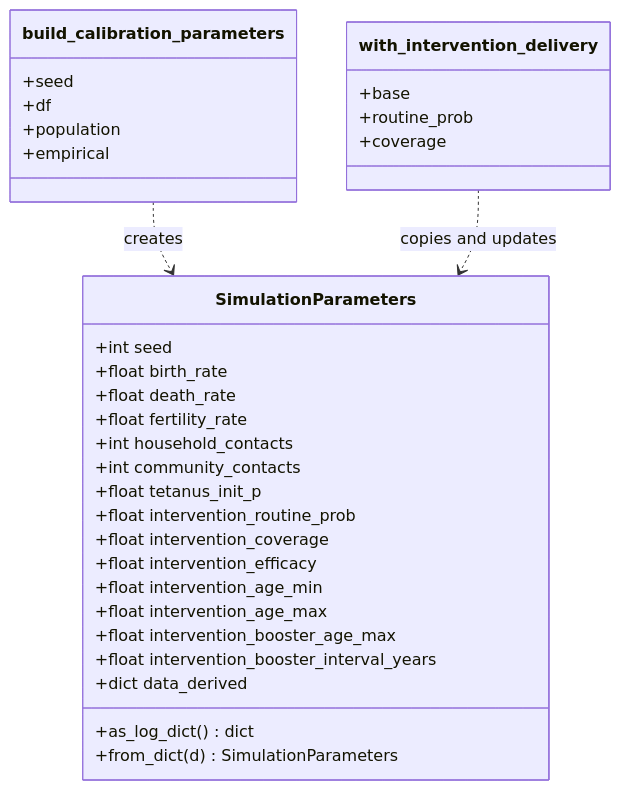
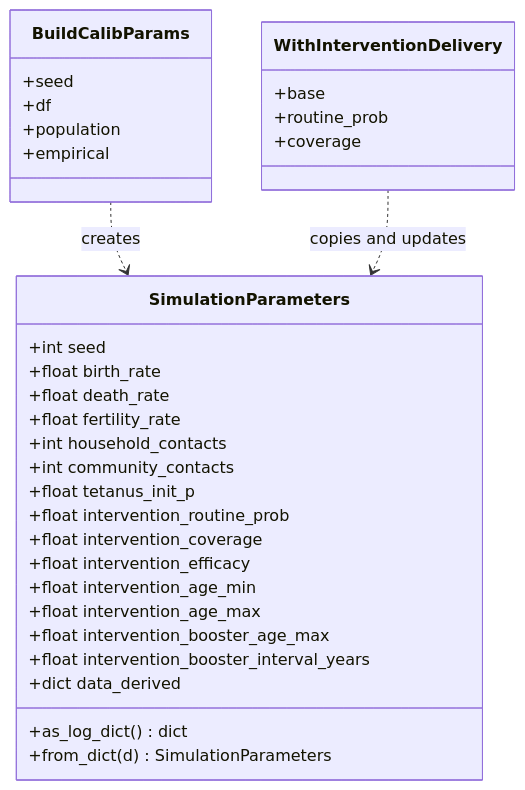
Before and after one commit to starsimhub/zdsim: the fifth of 12 diagrams in docs/ARCHITECTURE.md, drawn with Mermaid. The commit also changed other lines of this file and 16 other files, not shown here.

````diff
--- a/docs/ARCHITECTURE.md
+++ b/docs/ARCHITECTURE.md
@@ -176,38 +178,38 @@
 ```mermaid
 classDiagram
     class SimulationParameters {
         +int seed
         +float birth_rate
         +float death_rate
         +float fertility_rate
         +int household_contacts
         +int community_contacts
         +float tetanus_init_p
         +float intervention_routine_prob
         +float intervention_coverage
         +float intervention_efficacy
         +float intervention_age_min
         +float intervention_age_max
         +float intervention_booster_age_max
         +float intervention_booster_interval_years
         +dict data_derived
         +as_log_dict() dict
         +from_dict(d) SimulationParameters
     }
 
-    class build_calibration_parameters {
+    class BuildCalibParams {
         +seed
         +df
         +population
         +empirical
     }
 
-    class with_intervention_delivery {
+    class WithInterventionDelivery {
         +base
         +routine_prob
         +coverage
     }
 
-    build_calibration_parameters ..> SimulationParameters : creates
-    with_intervention_delivery ..> SimulationParameters : copies and updates
+    BuildCalibParams ..> SimulationParameters : creates
+    WithInterventionDelivery ..> SimulationParameters : copies and updates
 ```
````
